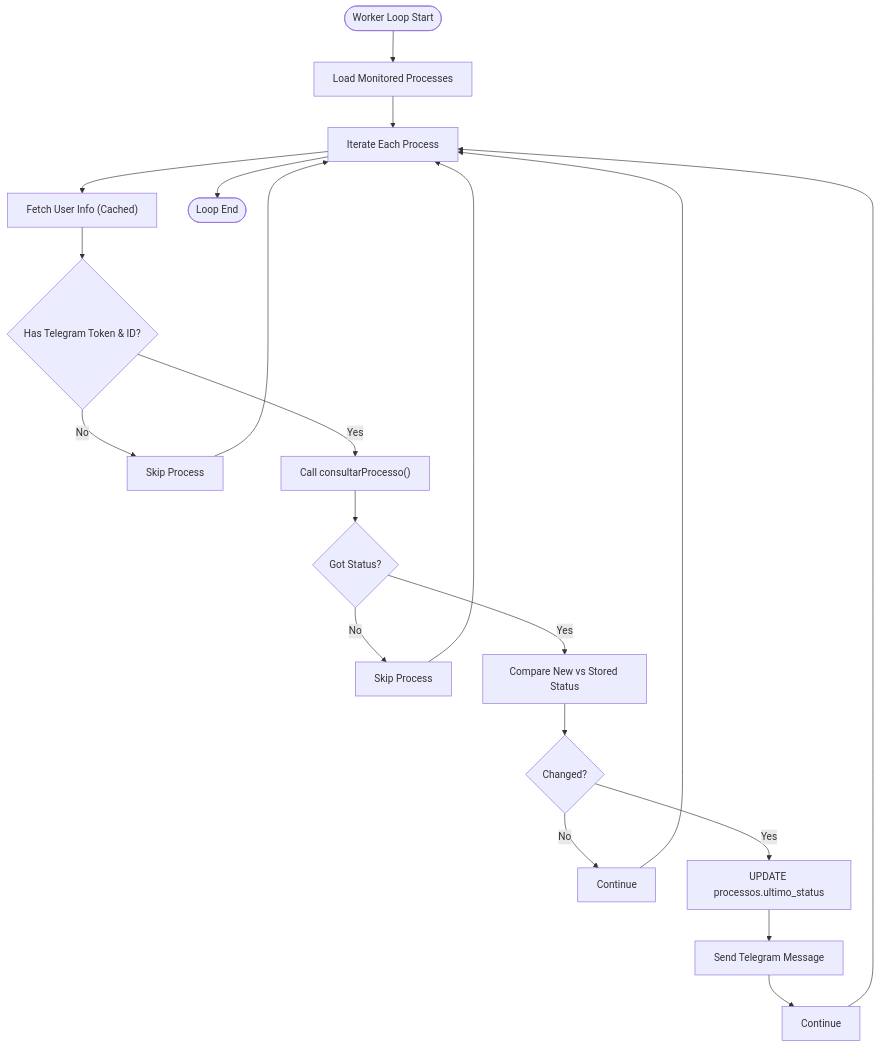
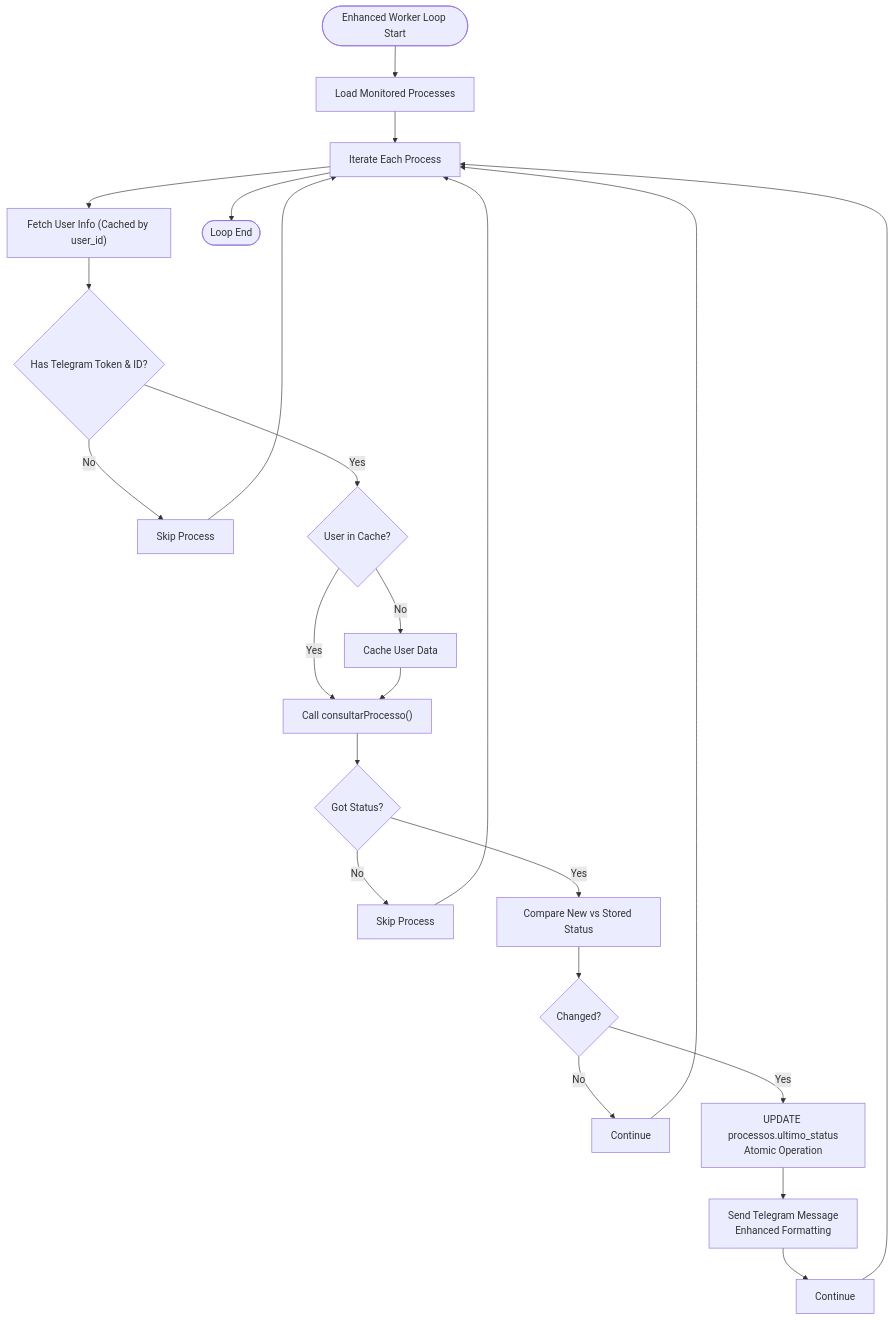
Before and after one commit to Alexandrexicara/bot-processos: the third of 7 diagrams in .qoder/repowiki/en/content/Background Worker System.md, drawn with Mermaid. The commit also changed other lines of this file and 10 other files, not shown here.

````diff
--- a/.qoder/repowiki/en/content/Background Worker System.md
+++ b/.qoder/repowiki/en/content/Background Worker System.md
@@ -135,22 +162,25 @@
 ```mermaid
 flowchart TD
-Start(["Worker Loop Start"]) --> LoadProc["Load Monitored Processes"]
+Start(["Enhanced Worker Loop Start"]) --> LoadProc["Load Monitored Processes"]
 LoadProc --> ForEach["Iterate Each Process"]
-ForEach --> GetUser["Fetch User Info (Cached)"]
+ForEach --> GetUser["Fetch User Info (Cached by user_id)"]
 GetUser --> HasCreds{"Has Telegram Token & ID?"}
 HasCreds --> |No| Next1["Skip Process"]
-HasCreds --> |Yes| CallAPI["Call consultarProcesso()"]
+HasCreds --> |Yes| CheckCache{"User in Cache?"}
+CheckCache --> |No| CacheUser["Cache User Data"]
+CheckCache --> |Yes| CallAPI["Call consultarProcesso()"]
+CacheUser --> CallAPI
 CallAPI --> GotStatus{"Got Status?"}
 GotStatus --> |No| Next2["Skip Process"]
 GotStatus --> |Yes| Compare["Compare New vs Stored Status"]
 Compare --> Changed{"Changed?"}
 Changed --> |No| Next3["Continue"]
-Changed --> |Yes| UpdateDB["UPDATE processos.ultimo_status"]
-UpdateDB --> Notify["Send Telegram Message"]
+Changed --> |Yes| UpdateDB["UPDATE processos.ultimo_status<br/>Atomic Operation"]
+UpdateDB --> Notify["Send Telegram Message<br/>Enhanced Formatting"]
 Notify --> Next4["Continue"]
 Next1 --> ForEach
 Next2 --> ForEach
 Next3 --> ForEach
 Next4 --> ForEach
 ForEach --> End(["Loop End"])
 ```
````
